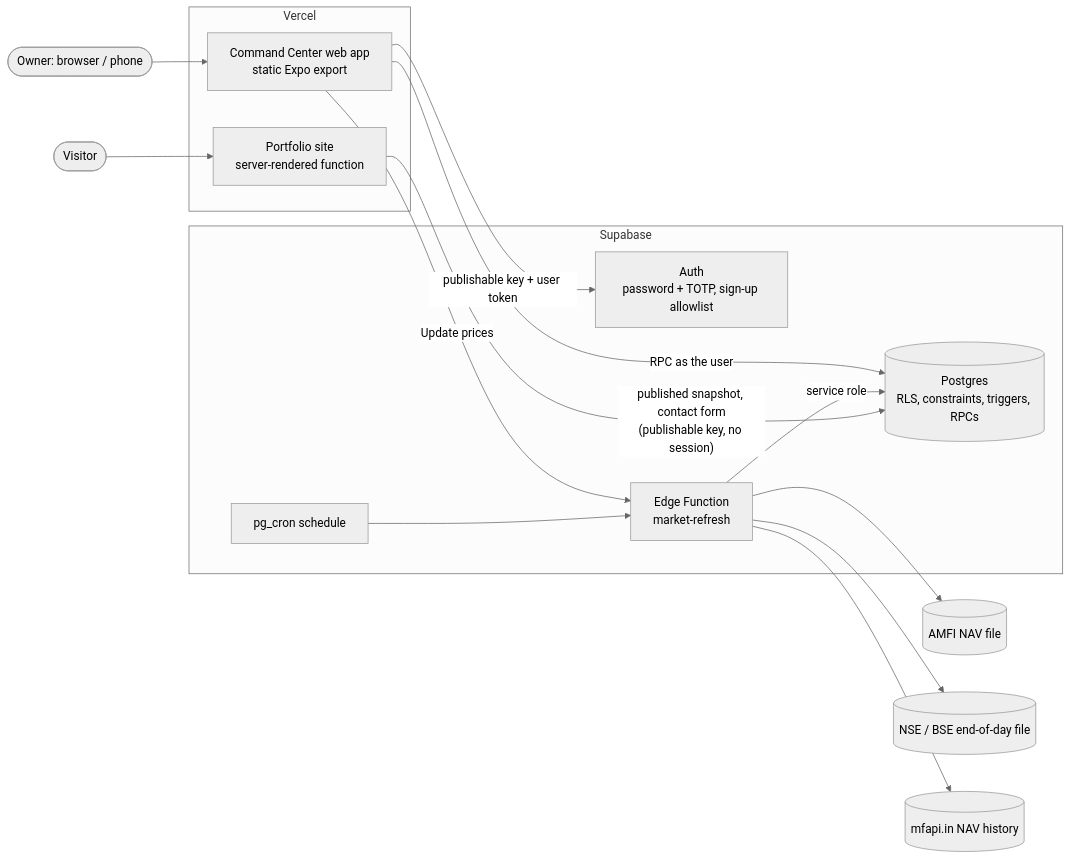
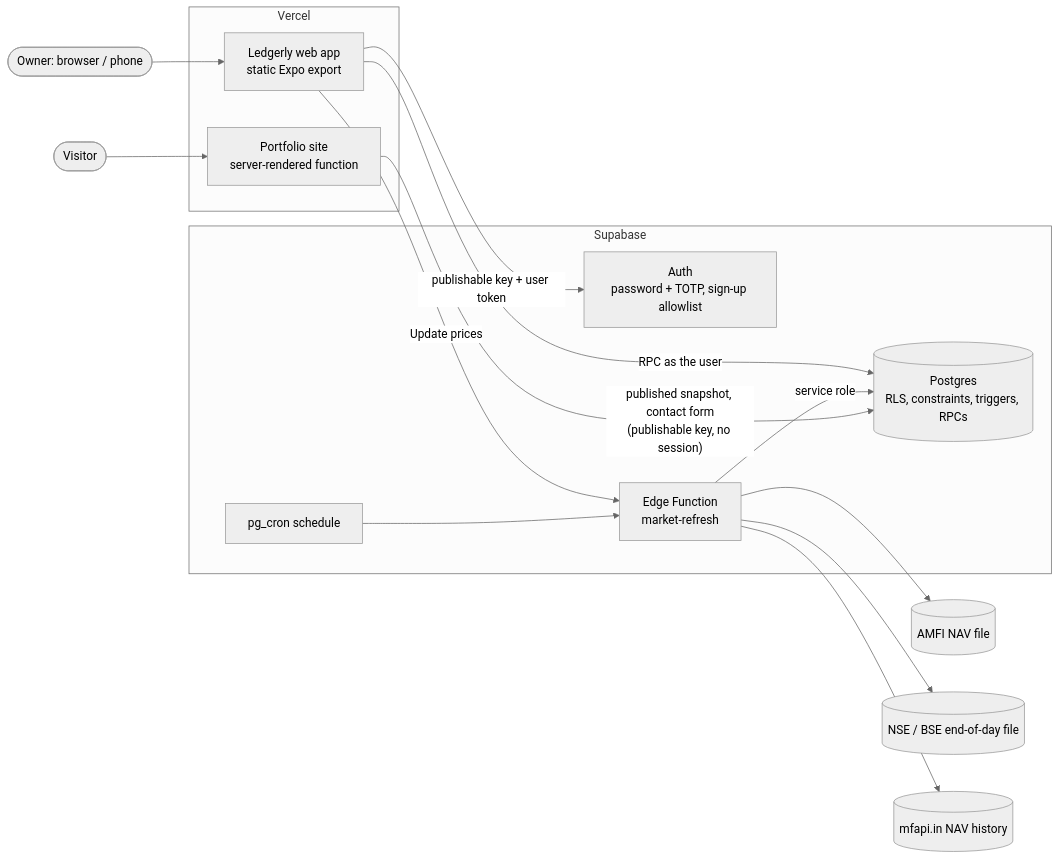
The first of 3 diagrams in docs/architecture/ARCHITECTURE.md (DEVABALAN-R/DEVABALAN), drawn with Mermaid (neutral theme) before and after one commit. The commit also changed other lines of this file and 35 other files, not shown here.

````diff
--- a/docs/architecture/ARCHITECTURE.md
+++ b/docs/architecture/ARCHITECTURE.md
@@ -21,27 +21,27 @@
 ```mermaid
 flowchart LR
   owner([Owner: browser / phone])
   visitor([Visitor])
   subgraph Vercel
-    web[Command Center web app<br/>static Expo export]
+    web[Ledgerly web app<br/>static Expo export]
     site[Portfolio site<br/>server-rendered function]
   end
   subgraph Supabase
     auth[Auth<br/>password + TOTP, sign-up allowlist]
     db[(Postgres<br/>RLS, constraints, triggers, RPCs)]
     fn[Edge Function<br/>market-refresh]
     cron[pg_cron schedule]
   end
   amfi[(AMFI NAV file)]
   nse[(NSE / BSE end-of-day file)]
   mfapi[(mfapi.in NAV history)]
   owner --> web
   web -- publishable key + user token --> auth
   web -- RPC as the user --> db
   web -- "Update prices" --> fn
   cron --> fn
   fn -- service role --> db
   fn --> amfi & nse & mfapi
   visitor --> site
   site -- "published snapshot, contact form<br/>(publishable key, no session)" --> db
 ```
````
